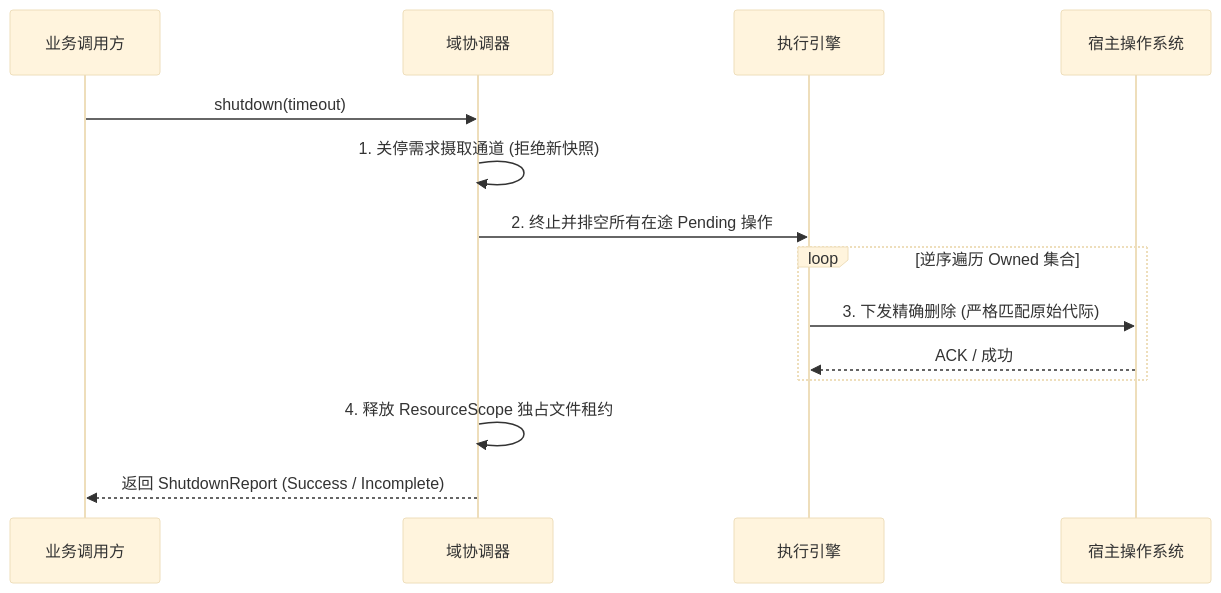
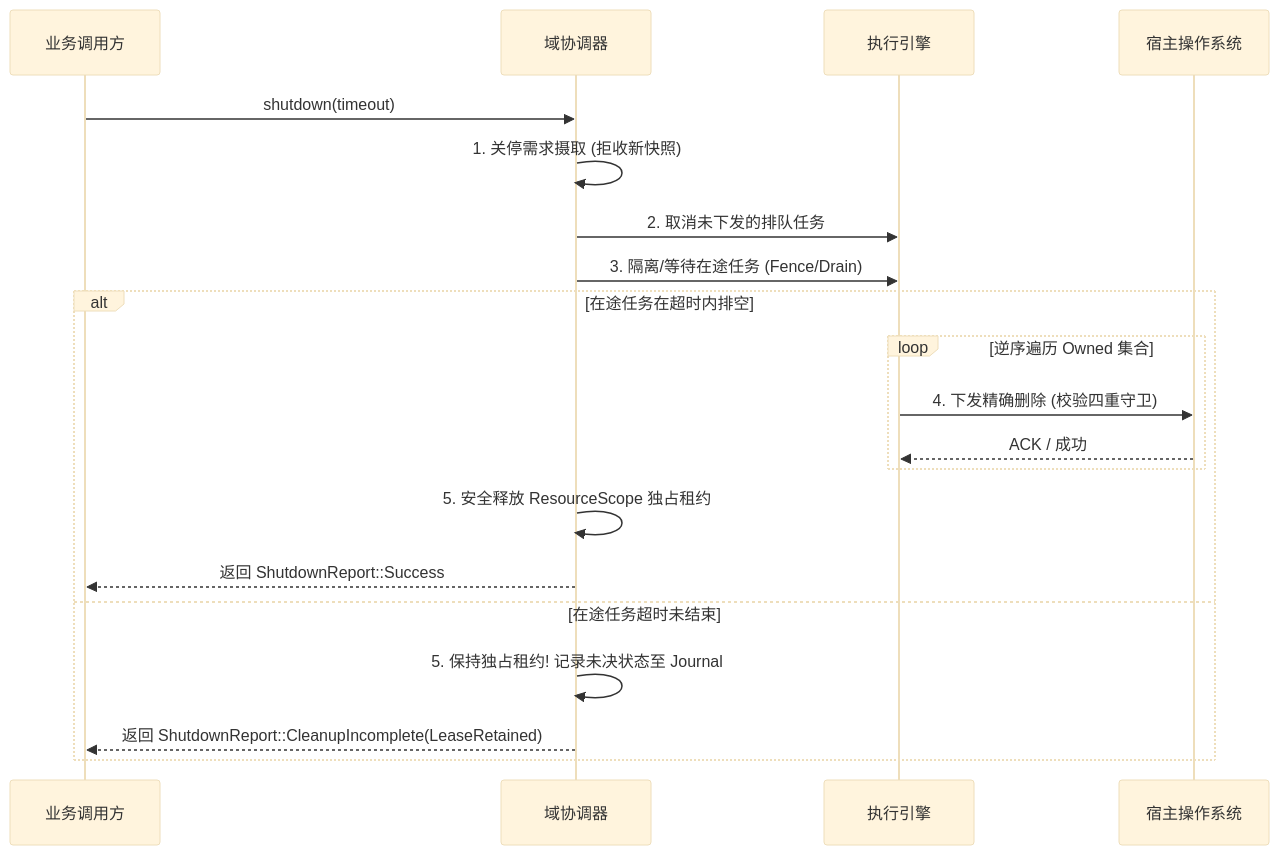
The fourth of 4 diagrams in docs/host-route-manager-step1-audit-and-contract.md (ZnqbuZ/EasyTier), drawn with Mermaid (base theme) before and after one commit. The commit also changed other lines of this file and 1 other file, not shown here.

````diff
--- a/docs/host-route-manager-step1-audit-and-contract.md
+++ b/docs/host-route-manager-step1-audit-and-contract.md
@@ -366,17 +380,23 @@
 ```mermaid
 sequenceDiagram
     participant User as 业务调用方
     participant Coord as 域协调器
     participant Executor as 执行引擎
     participant OS as 宿主操作系统
     
     User->>Coord: shutdown(timeout)
-    Coord->>Coord: 1. 关停需求摄取通道 (拒绝新快照)
-    Coord->>Executor: 2. 终止并排空所有在途 Pending 操作
-    loop 逆序遍历 Owned 集合
-        Executor->>OS: 3. 下发精确删除 (严格匹配原始代际)
-        OS-->>Executor: ACK / 成功
+    Coord->>Coord: 1. 关停需求摄取 (拒收新快照)
+    Coord->>Executor: 2. 取消未下发的排队任务
+    Coord->>Executor: 3. 隔离/等待在途任务 (Fence/Drain)
+    alt 在途任务在超时内排空
+        loop 逆序遍历 Owned 集合
+            Executor->>OS: 4. 下发精确删除 (校验四重守卫)
+            OS-->>Executor: ACK / 成功
+        end
+        Coord->>Coord: 5. 安全释放 ResourceScope 独占租约
+        Coord-->>User: 返回 ShutdownReport::Success
+    else 在途任务超时未结束
+        Coord->>Coord: 5. 保持独占租约! 记录未决状态至 Journal
+        Coord-->>User: 返回 ShutdownReport::CleanupIncomplete(LeaseRetained)
     end
-    Coord->>Coord: 4. 释放 ResourceScope 独占文件租约
-    Coord-->>User: 返回 ShutdownReport (Success / Incomplete)
 ```
````
